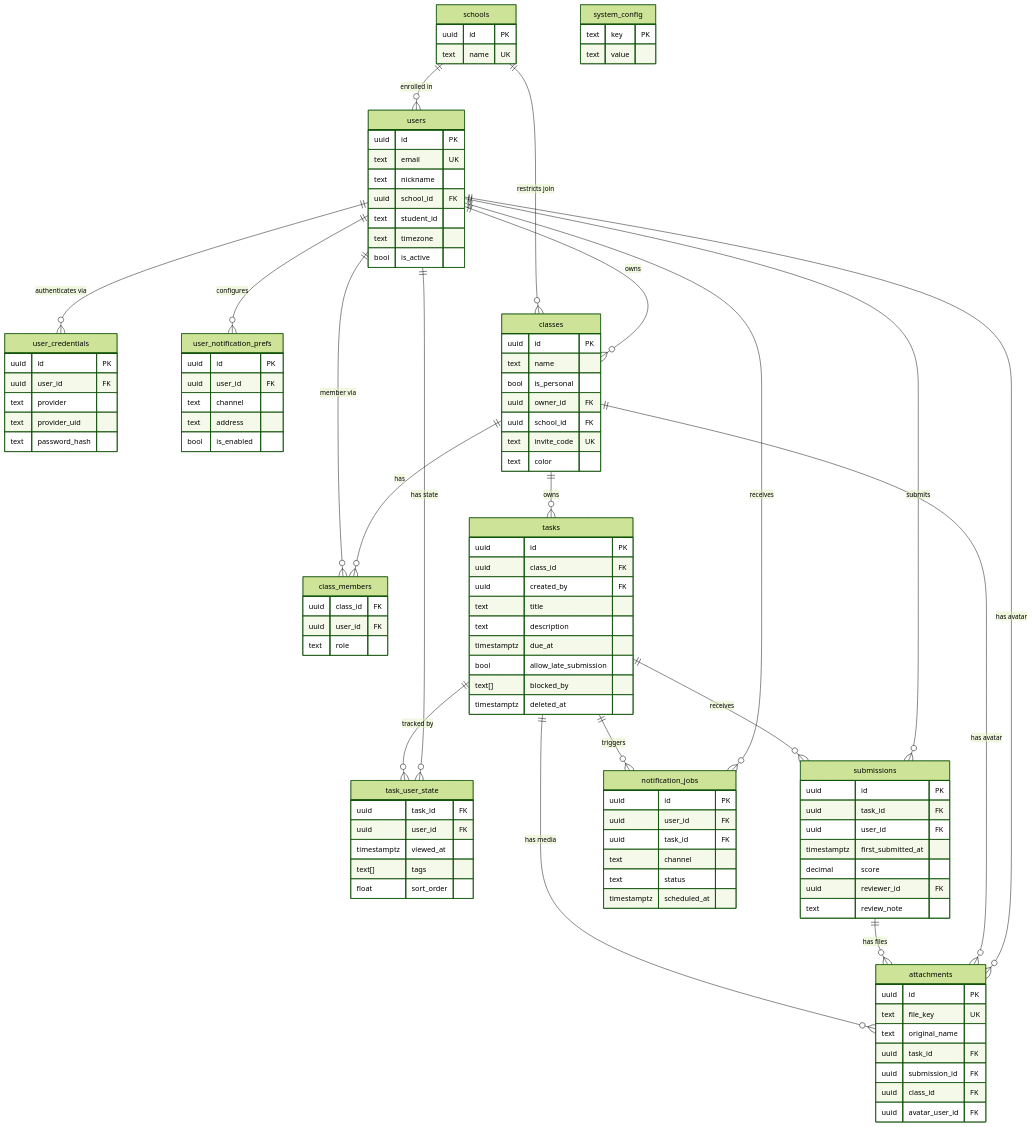
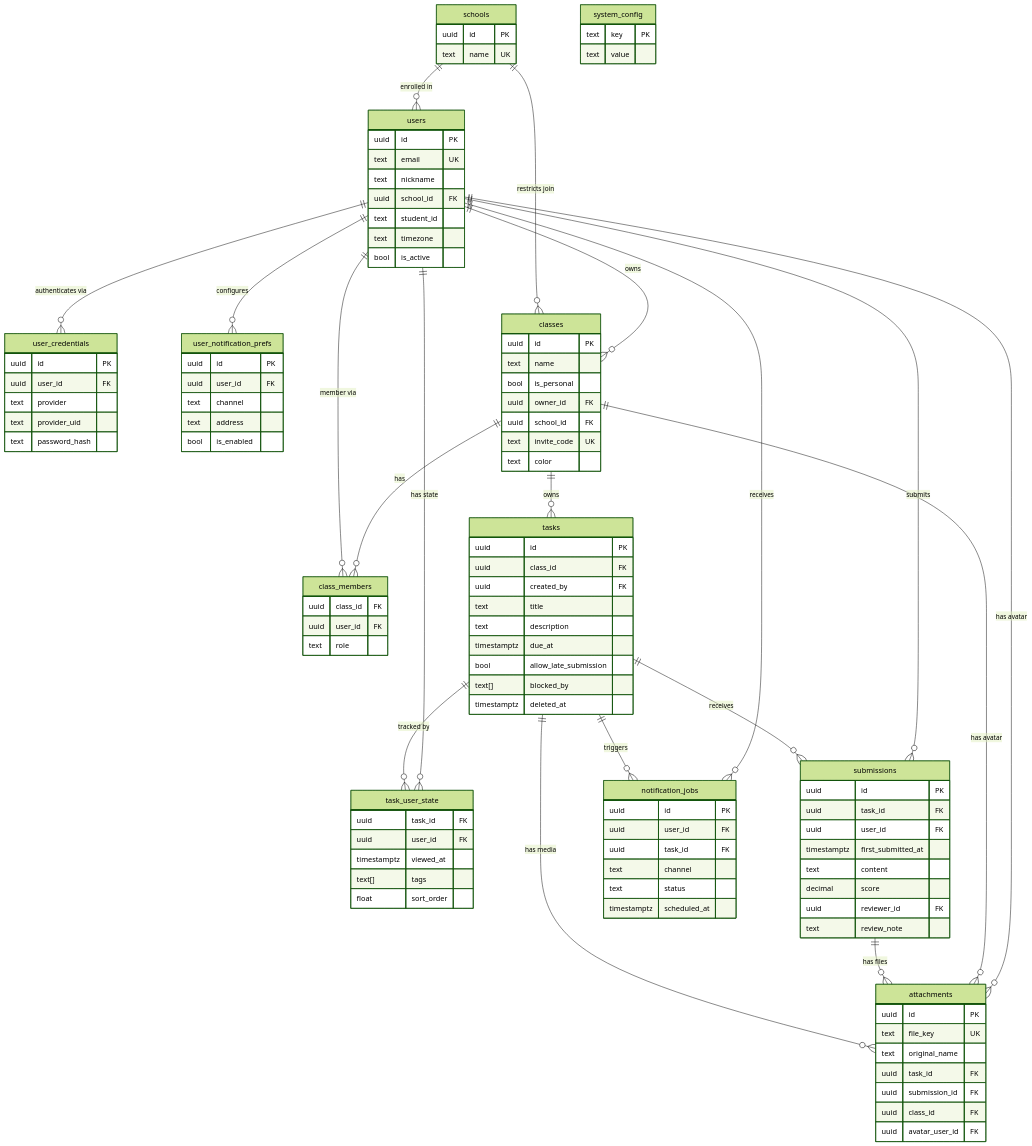
One commit to edehan/tasksneo changed the diagram in docs/DATABASE.md. Above: the diagram before and after it, drawn with Mermaid (forest theme). The commit also changed other lines of this file and 6 other files, not shown here.

Commit message:
feat(api): support text content in task submissions

```diff
--- a/docs/DATABASE.md
+++ b/docs/DATABASE.md
@@ -394,6 +395,7 @@
         uuid task_id FK
         uuid user_id FK
         timestamptz first_submitted_at
+        text content
         decimal score
         uuid reviewer_id FK
         text review_note
```
